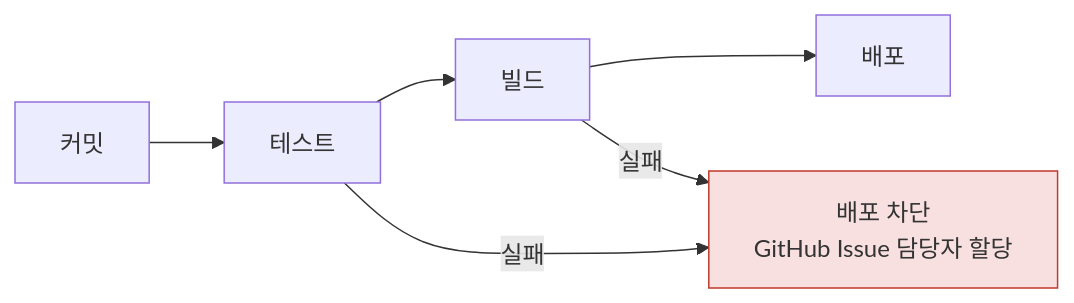
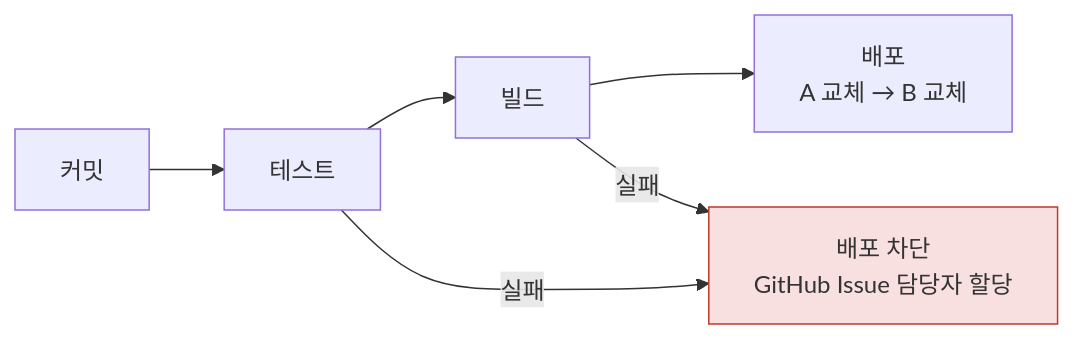
The seventh of 8 diagrams in docs/기획서.md (931njhthe-star/moa), drawn with Mermaid before and after one commit. The commit also changed other lines of this file and 1 other file, not shown here.

````diff
--- a/docs/기획서.md
+++ b/docs/기획서.md
@@ -230,7 +266,7 @@
 ```mermaid
 flowchart LR
-    C["커밋"] --> T["테스트"] --> B["빌드"] --> D["배포"]
+    C["커밋"] --> T["테스트"] --> B["빌드"] --> D["배포<br/>A 교체 → B 교체"]
     T -->|실패| X["배포 차단<br/>GitHub Issue 담당자 할당"]
     B -->|실패| X
     style X fill:#F8E0E0,stroke:#C0392B
 ```
````
